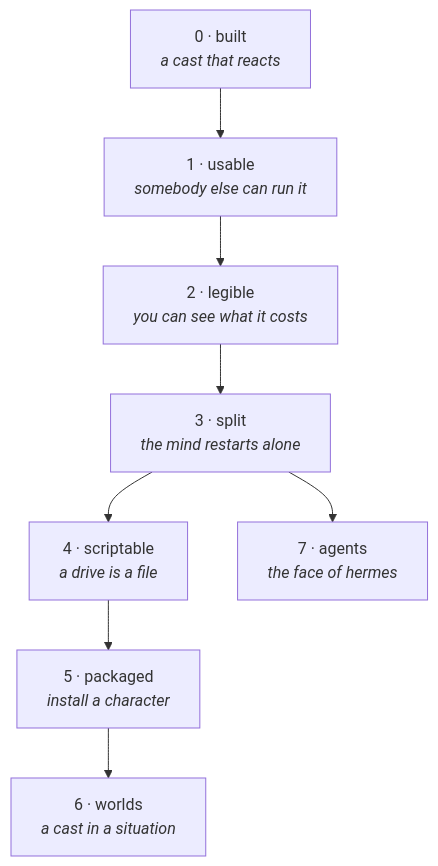
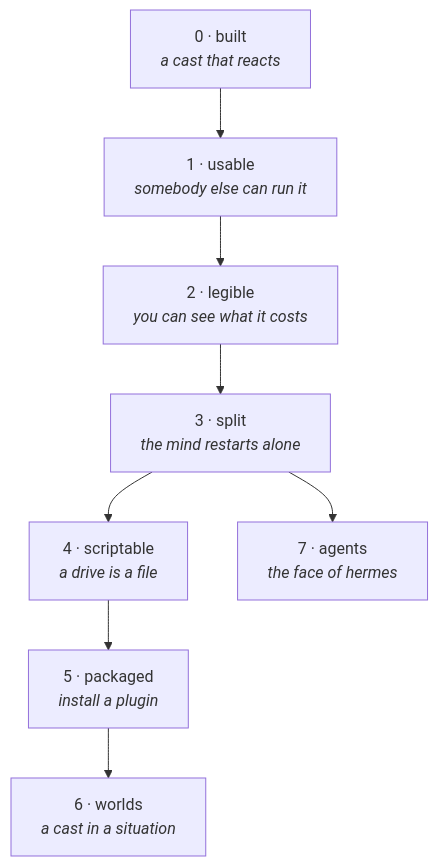
Before and after one commit to api-haus/lilguys: the diagram in docs/roadmap.md, drawn with Mermaid. The commit also changed other lines of this file and 7 other files, not shown here.

````diff
--- a/docs/roadmap.md
+++ b/docs/roadmap.md
@@ -9,10 +9,10 @@
 ```mermaid
 flowchart TD
     P0["0 · built<br/><i>a cast that reacts</i>"] --> P1["1 · usable<br/><i>somebody else can run it</i>"]
     P1 --> P2["2 · legible<br/><i>you can see what it costs</i>"]
     P2 --> P3["3 · split<br/><i>the mind restarts alone</i>"]
     P3 --> P4["4 · scriptable<br/><i>a drive is a file</i>"]
-    P4 --> P5["5 · packaged<br/><i>install a character</i>"]
+    P4 --> P5["5 · packaged<br/><i>install a plugin</i>"]
     P5 --> P6["6 · worlds<br/><i>a cast in a situation</i>"]
     P3 --> P7["7 · agents<br/><i>the face of hermes</i>"]
 ```
````
